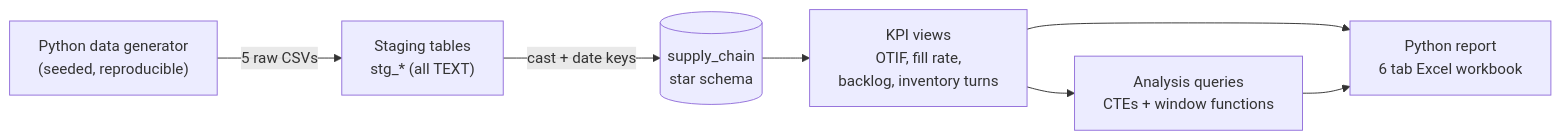
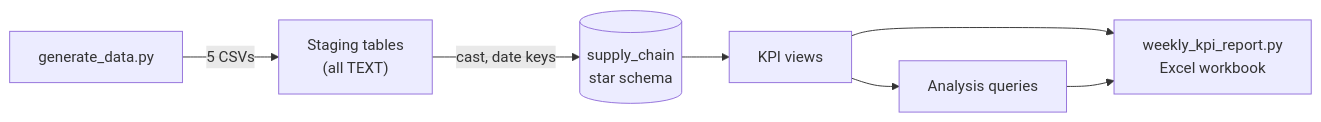
Before and after one commit to Patel-Swayam7/supply-chain-kpi-warehouse: the first of 2 diagrams in README.md, drawn with Mermaid. The commit also changed other lines of this file and 8 other files, not shown here.

````diff
--- a/README.md
+++ b/README.md
@@ -24,9 +9,9 @@
 ```mermaid
 flowchart LR
-    A["Python data generator<br/>(seeded, reproducible)"] -->|5 raw CSVs| B["Staging tables<br/>stg_* (all TEXT)"]
-    B -->|cast + date keys| C[("supply_chain<br/>star schema")]
-    C --> D["KPI views<br/>OTIF, fill rate,<br/>backlog, inventory turns"]
-    D --> E["Analysis queries<br/>CTEs + window functions"]
-    D --> F["Python report<br/>6 tab Excel workbook"]
+    A["generate_data.py"] -->|5 CSVs| B["Staging tables<br/>(all TEXT)"]
+    B -->|cast, date keys| C[("supply_chain<br/>star schema")]
+    C --> D["KPI views"]
+    D --> E["Analysis queries"]
+    D --> F["weekly_kpi_report.py<br/>Excel workbook"]
     E --> F
 ```
````
